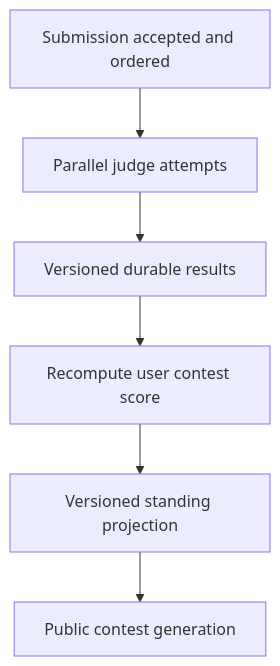
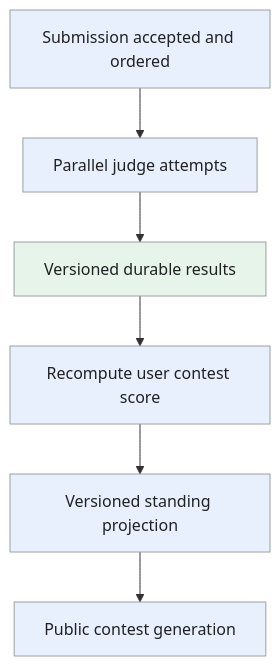
One commit to iliazlobin/iliazlobin.github.io changed the third of 3 diagrams in _designs/system-design-leetcode.md. Above: the diagram before and after it, drawn with Mermaid. The commit also changed other lines of this file and 20 other files, not shown here.

Commit message:
Improve design flows, tradeoffs, and technology references

````diff
--- a/_designs/system-design-leetcode.md
+++ b/_designs/system-design-leetcode.md
@@ -246,8 +290,13 @@
 ```mermaid
 flowchart TB
   S["Submission accepted and ordered"] --> J["Parallel judge attempts"]
   J --> D["Versioned durable results"]
   D --> P["Recompute user contest score"]
   P --> V["Versioned standing projection"]
   V --> C["Public contest generation"]
+  classDef request fill:#e8f0fe,stroke:#9aa0a6,color:#202124,stroke-width:1px
+  classDef background fill:#e6f4ea,stroke:#9aa0a6,color:#202124,stroke-width:1px
+  classDef control fill:#fef7e0,stroke:#9aa0a6,color:#202124,stroke-width:1px
+  class S,J,P,V,C request
+  class D background
 ```
````
